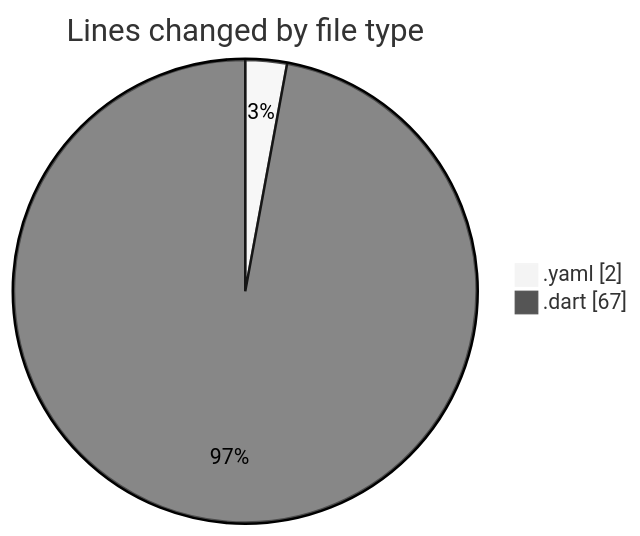
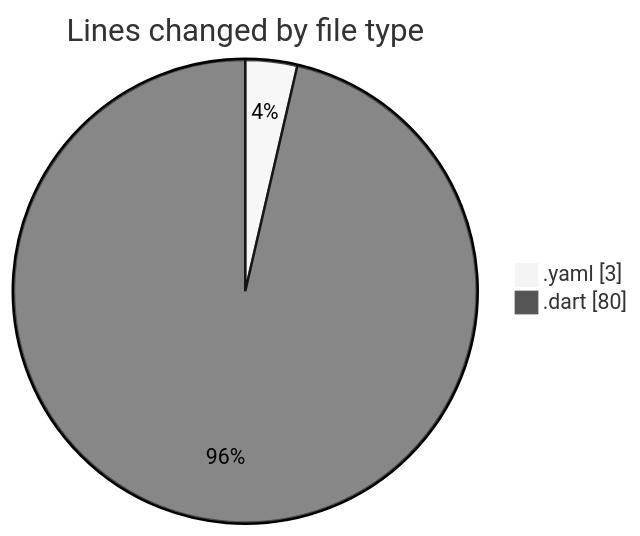
One commit to donsfak/code-tracking changed the first of 2 diagrams in 2025-02-27/drivers_app/README.md. Above: the diagram before and after it, drawn with Mermaid (neutral theme). The commit also changed other lines of this file and 1 other file, not shown here.

````diff
--- a/2025-02-27/drivers_app/README.md
+++ b/2025-02-27/drivers_app/README.md
@@ -21,6 +21,6 @@
 ```mermaid
 pie showData
 title Lines changed by file type
-".yaml" : 2
-".dart" : 67
+".yaml" : 3
+".dart" : 80
 ```
````
